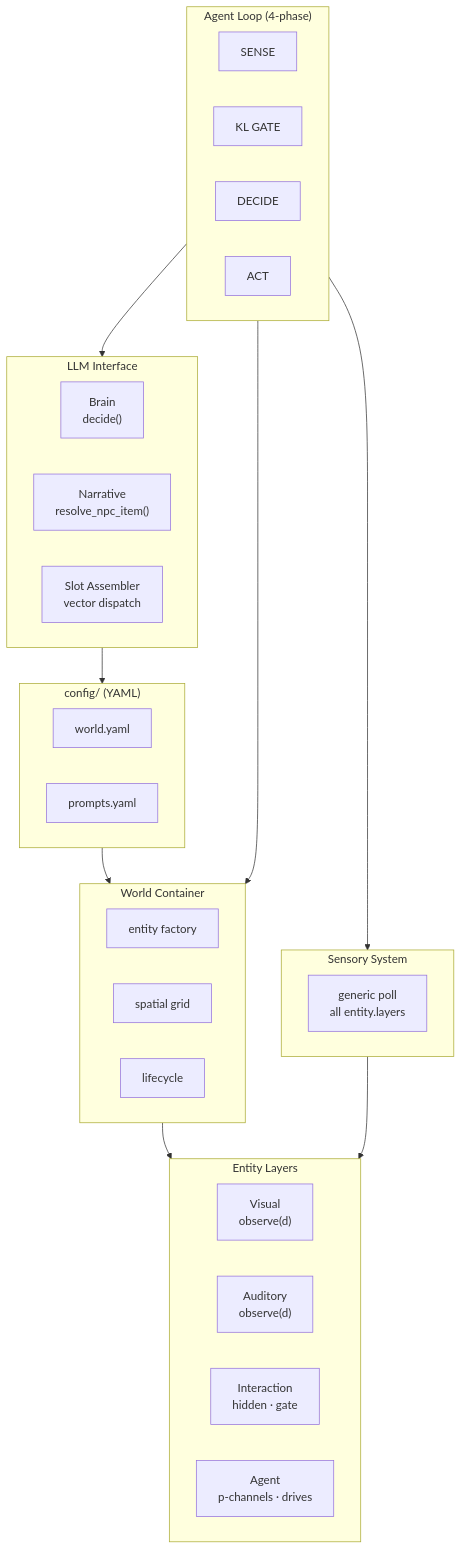
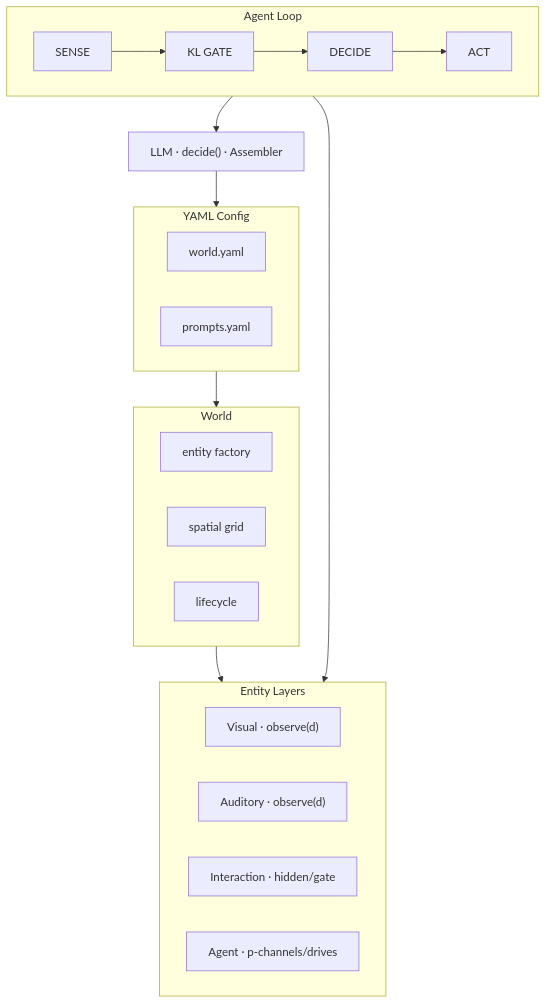
One commit to flaverse/AgentWorld_Async_UI changed the first of 3 diagrams in README.md. Above: the diagram before and after it, drawn with Mermaid. The commit also changed other lines of this file, not shown here.

````diff
--- a/README.md
+++ b/README.md
@@ -92,45 +99,25 @@
 ```mermaid
 flowchart TB
-    subgraph Config["config/ (YAML)"]
+    subgraph Config["YAML Config"]
         world_yaml["world.yaml"]
         prompt_yaml["prompts.yaml"]
     end
-
-    subgraph World["World Container"]
+    subgraph World["World"]
         world_engine["entity factory"]
         spatial["spatial grid"]
         lifecycle["lifecycle"]
     end
-
     subgraph Layer["Entity Layers"]
-        visual["Visual<br/>observe(d)"]
-        auditory["Auditory<br/>observe(d)"]
-        inter["Interaction<br/>hidden · gate"]
-        agent["Agent<br/>p-channels · drives"]
+        visual["Visual · observe(d)"]
+        auditory["Auditory · observe(d)"]
+        inter["Interaction · hidden/gate"]
+        agent["Agent · p-channels/drives"]
     end
-
-    subgraph Sensory["Sensory System"]
-        poll["generic poll<br/>all entity.layers"]
+    subgraph Loop["Agent Loop"]
+        s["SENSE"] --> k["KL GATE"] --> d["DECIDE"] --> a["ACT"]
     end
-
-    subgraph AgentLoop["Agent Loop (4-phase)"]
-        s["SENSE"]
-        k["KL GATE"]
-        d["DECIDE"]
-        a["ACT"]
-    end
-
-    subgraph LLM["LLM Interface"]
-        brain["Brain<br/>decide()"]
-        narrative["Narrative<br/>resolve_npc_item()"]
-        assembler["Slot Assembler<br/>vector dispatch"]
-    end
-
-    Config --> World
-    World --> Layer
-    Sensory --> Layer
-    AgentLoop --> Sensory
-    AgentLoop --> LLM
+    Config --> World --> Layer
+    Loop --> Layer
+    Loop --> LLM["LLM · decide() · Assembler"]
     LLM --> Config
-    AgentLoop --> World
 ```
````
